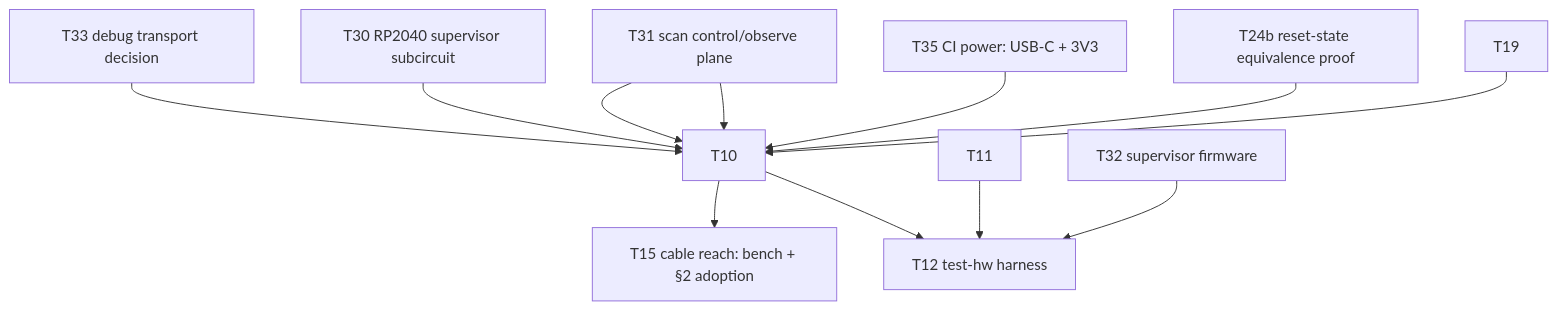
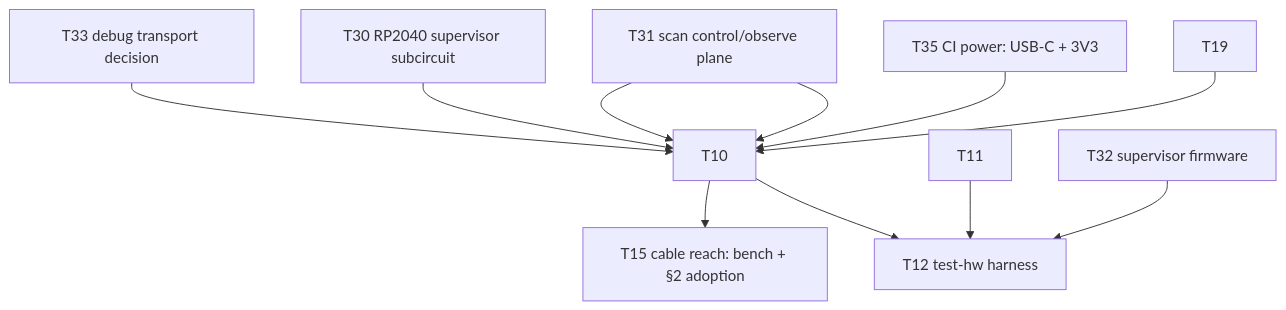
Before and after one commit to kristofferkoch/oparroy: the diagram in KANBAN.md, drawn with Mermaid. The commit also changed other lines of this file and 13 other files, not shown here.

First line of the commit message:
dsl: reset-state equivalence proof (check_equivalent)

````diff
--- a/KANBAN.md
+++ b/KANBAN.md
@@ -34,14 +34,13 @@
 ```mermaid
 graph TD
     T19 --> T10
-    T24b[T24b reset-state equivalence proof] --> T10
     T31[T31 scan control/observe plane] --> T10
     T35[T35 CI power: USB-C + 3V3] --> T10
     T30[T30 RP2040 supervisor subcircuit] --> T10
     T31 --> T10
     T33[T33 debug transport decision] --> T10
     T10 --> T12[T12 test-hw harness]
     T10 --> T15[T15 cable reach: bench + §2 adoption]
     T11 --> T12
     T32[T32 supervisor firmware] --> T12
 ```
````
